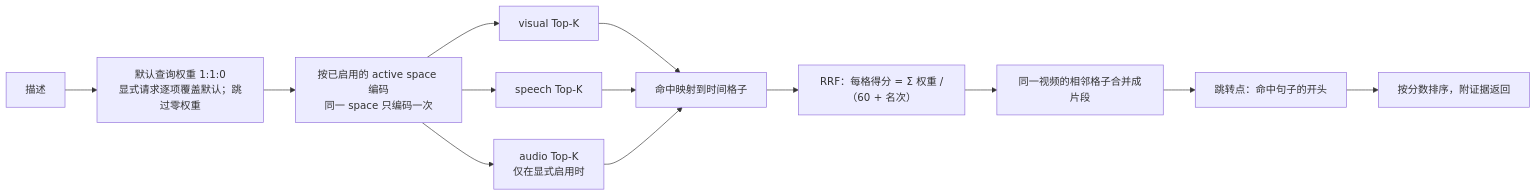
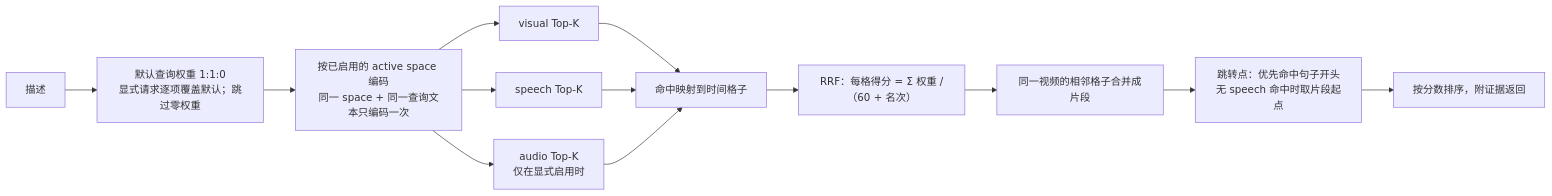
Diagram 13 of 19 in docs/design.md (realOzine/videohelper), drawn with Mermaid before and after one commit. The commit also changed other lines of this file, not shown here.

Commit message:
docs: align design diagrams with model plugins

````diff
--- a/docs/design.md
+++ b/docs/design.md
@@ -553,15 +572,15 @@
 ```mermaid
 flowchart LR
   Q["描述"] --> W["默认查询权重 1:1:0<br/>显式请求逐项覆盖默认；跳过零权重"]
-  W --> E["按已启用的 active space 编码<br/>同一 space 只编码一次"]
+  W --> E["按已启用的 active space 编码<br/>同一 space + 同一查询文本只编码一次"]
   E --> R1["visual Top-K"]
   E --> R2["speech Top-K"]
   E --> R3["audio Top-K<br/>仅在显式启用时"]
   R1 --> M["命中映射到时间格子"]
   R2 --> M
   R3 --> M
   M --> F["RRF：每格得分 = Σ 权重 /（60 + 名次）"]
   F --> G["同一视频的相邻格子合并成片段"]
-  G --> J["跳转点：命中句子的开头"]
+  G --> J["跳转点：优先命中句子开头<br/>无 speech 命中时取片段起点"]
   J --> O["按分数排序，附证据返回"]
 ```
````
